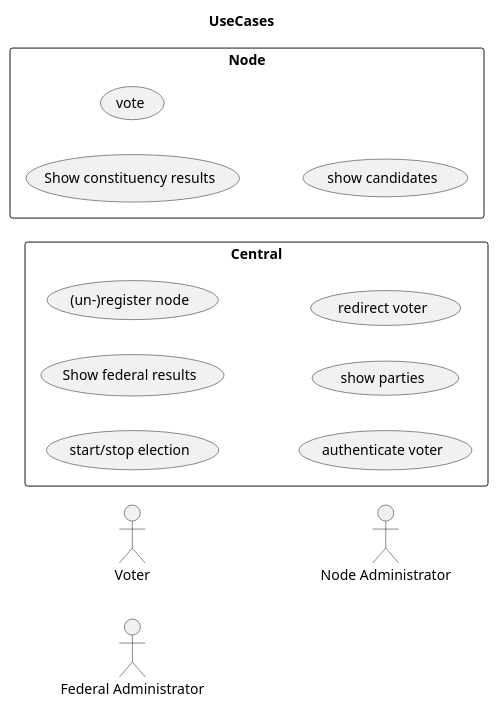
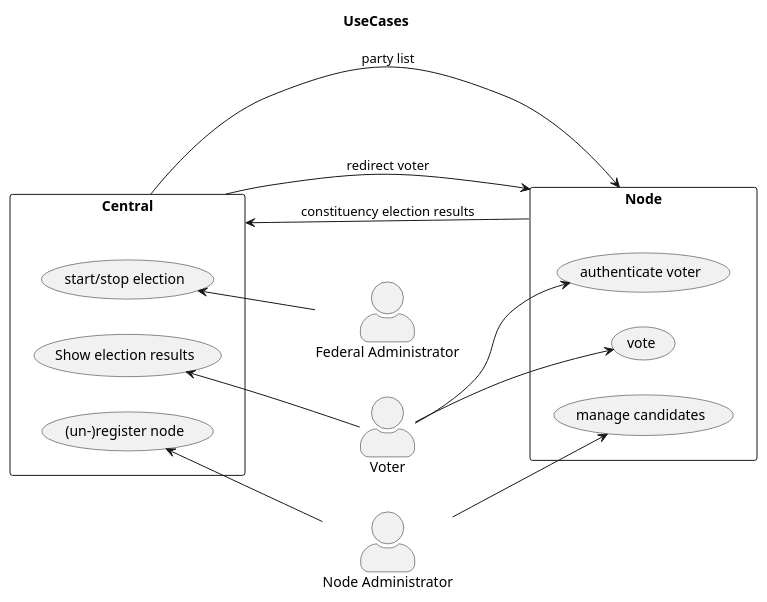
One commit to muhamedbaqir/Digital-Voting-System changed the diagram in Documentation/requirements.wsd. Above: the diagram before and after it, drawn with PlantUML.

Commit message:
finished the requirements

```diff
--- a/Documentation/requirements.wsd
+++ b/Documentation/requirements.wsd
@@ -1,28 +1,44 @@
 @startuml
 title UseCases
 left to right direction
+skinparam actorStyle awesome
+
+
+rectangle "Central"{
+    usecase start_stop as "start/stop election"
+    usecase results as "Show election results"
+    usecase register_node as "(un-)register node"
+}
 
 actor Voter
 actor central_admin as "Federal Administrator"
 actor node_admin as "Node Administrator"
 
+rectangle "Node"{
+    usecase vote
+    usecase manage_constituency_candidates as "manage candidates"
+    usecase authenticate_voter as "authenticate voter"
 
-rectangle "Central"{
-    usecase start_stop as "start/stop election"
-    usecase results as "Show federal results"
-    usecase register_node as "(un-)register node"
-    usecase authenticate_voter as "authenticate voter"
-    usecase show_parties as "show parties"
-    usecase redirect_voter as "redirect voter"
 }
 
+Voter --> authenticate_voter
+results <-- :Voter: 
+:Voter: --> vote
 
-rectangle "Node"{
-    usecase constituency_results as "Show constituency results"
-    usecase vote
-    usecase show_candidates as "show candidates"
-    usecase show_parties as "show parties"  
-}
+:node_admin: --> manage_constituency_candidates
+register_node <-- node_admin
+
+start_stop <-- central_admin
+
+
+:Central: --> :Node: :party list
+:Central: --> :Node: :redirect voter
+:Node: --> :Central: : constituency election results
+
+
+
+
+
 
 
 @enduml
```
